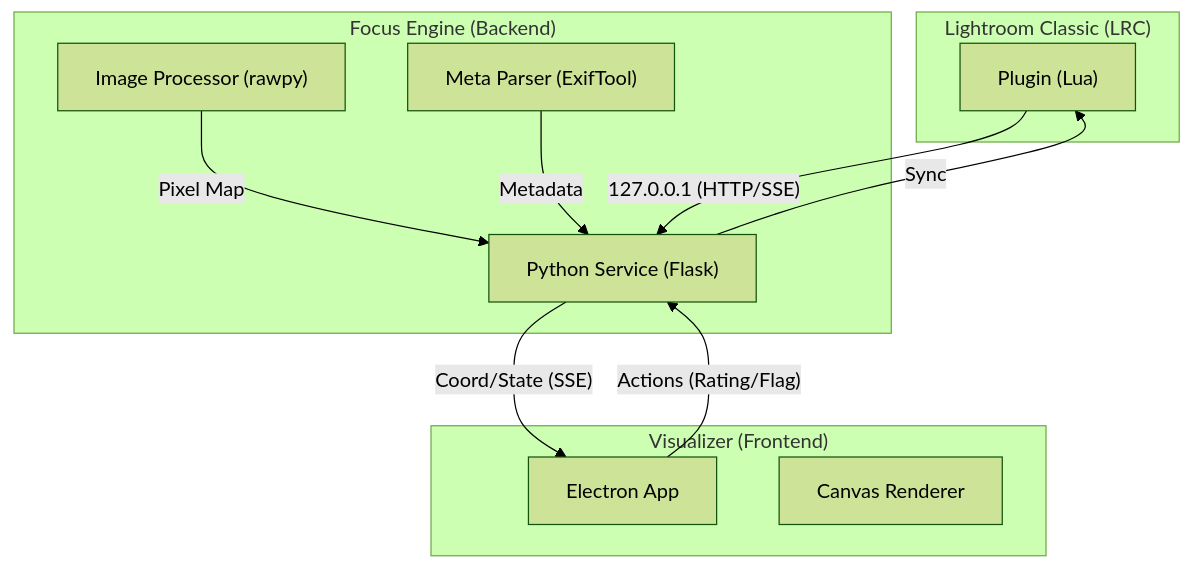
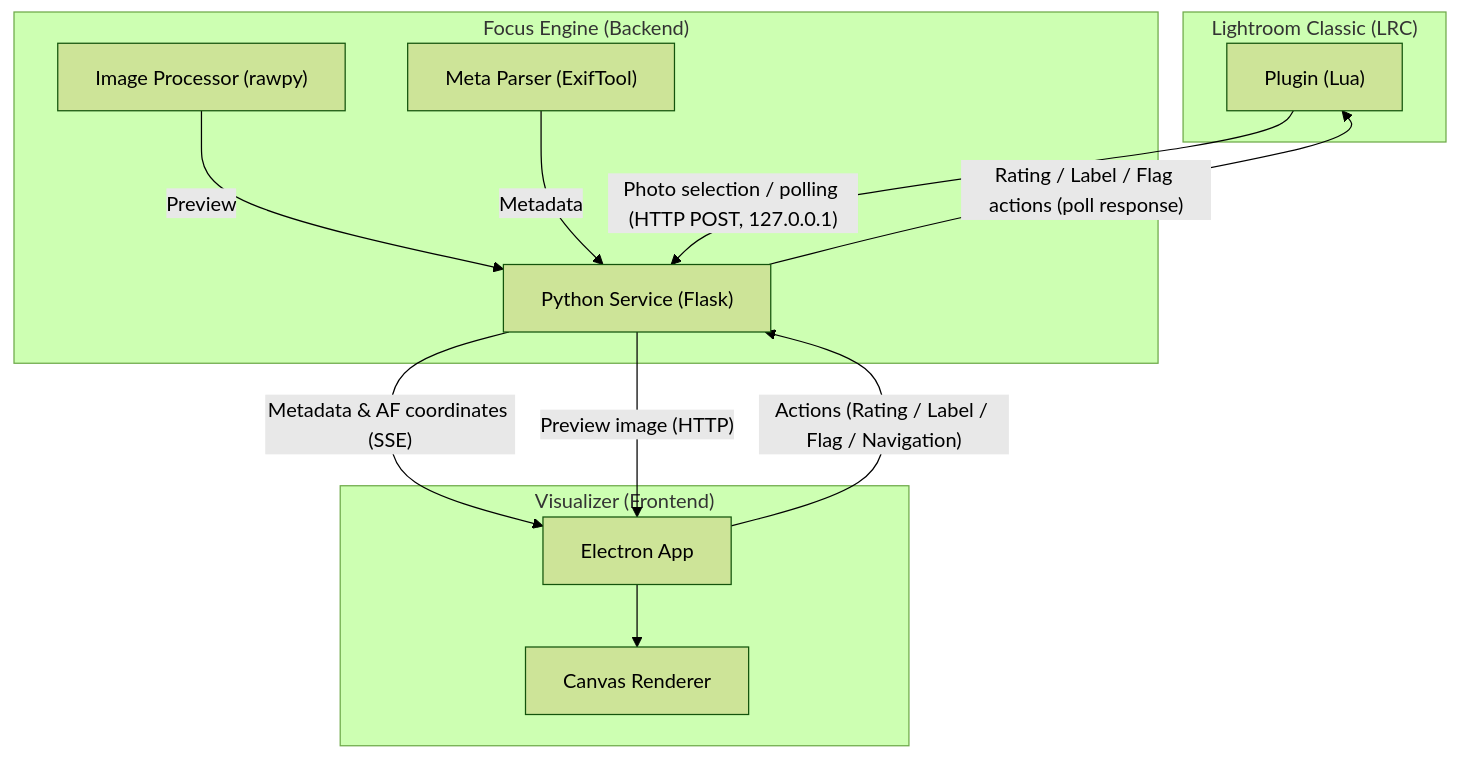
Before and after one commit to muromix/FocusVisualizer: the diagram in Walkthrough/SPECIFICATION.md, drawn with Mermaid (forest theme). The commit also changed other lines of this file and 16 other files, not shown here.

````diff
--- a/Walkthrough/SPECIFICATION.md
+++ b/Walkthrough/SPECIFICATION.md
@@ -11,24 +11,26 @@
 ```mermaid
 graph TD
     subgraph "Lightroom Classic (LRC)"
         LUA["Plugin (Lua)"]
     end
 
     subgraph "Focus Engine (Backend)"
         B_CORE["Python Service (Flask)"]
         B_IP["Image Processor (rawpy)"]
         B_MP["Meta Parser (ExifTool)"]
     end
 
     subgraph "Visualizer (Frontend)"
         F_EL["Electron App"]
         F_CV["Canvas Renderer"]
     end
 
-    LUA -- "127.0.0.1 (HTTP/SSE)" --> B_CORE
-    B_CORE -- "Coord/State (SSE)" --> F_EL
+    LUA -- "Photo selection / polling (HTTP POST, 127.0.0.1)" --> B_CORE
+    B_CORE -- "Rating / Label / Flag actions (poll response)" --> LUA
+    B_CORE -- "Metadata & AF coordinates (SSE)" --> F_EL
+    B_CORE -- "Preview image (HTTP)" --> F_EL
+    F_EL -- "Actions (Rating / Label / Flag / Navigation)" --> B_CORE
     B_MP -- "Metadata" --> B_CORE
-    B_IP -- "Pixel Map" --> B_CORE
-    F_EL -- "Actions (Rating/Flag)" --> B_CORE
-    B_CORE -- "Sync" --> LUA
+    B_IP -- "Preview" --> B_CORE
+    F_EL --> F_CV
 ```
````
